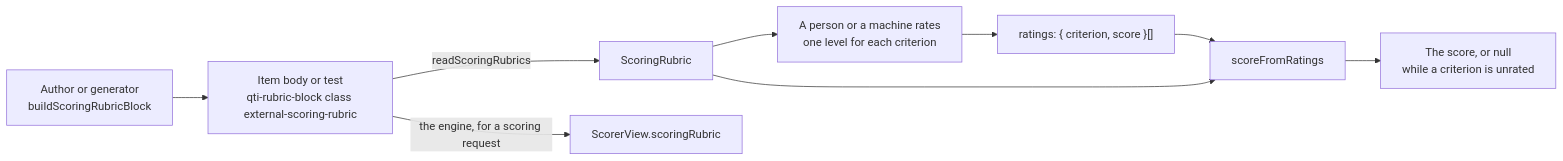
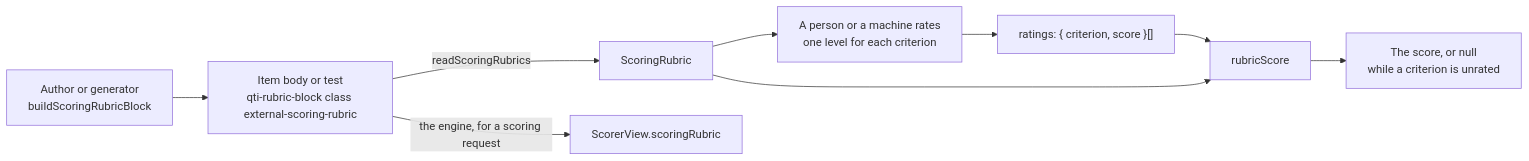
Before and after one commit to assesskit/assesskit: the second of 3 diagrams in docs/runtime/conventions.md, drawn with Mermaid. The commit also changed other lines of this file and 285 other files, not shown here.

````diff
--- a/docs/runtime/conventions.md
+++ b/docs/runtime/conventions.md
@@ -117,11 +117,11 @@
 ```mermaid
 flowchart LR
   author["Author or generator<br/>buildScoringRubricBlock"] --> block["Item body or test<br/>qti-rubric-block class external-scoring-rubric"]
   block -->|"readScoringRubrics"| rubric["ScoringRubric"]
   rubric --> rater["A person or a machine rates<br/>one level for each criterion"]
   rater --> ratings["ratings: { criterion, score }[]"]
-  ratings --> score["scoreFromRatings"]
+  ratings --> score["rubricScore"]
   rubric --> score
   score --> result["The score, or null<br/>while a criterion is unrated"]
   block -->|"the engine, for a scoring request"| view["ScorerView.scoringRubric"]
 ```
````
